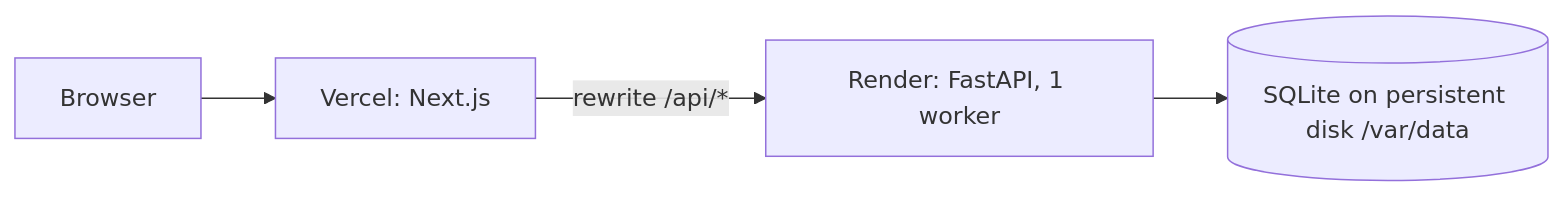
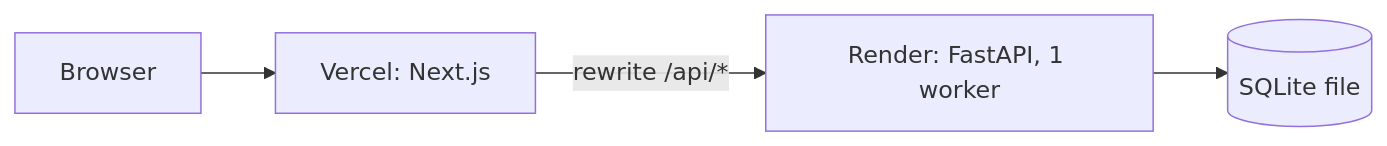
One commit to ParthBiyani/Duolingo_Web_App changed the diagram in docs/deployment.md. Above: the diagram before and after it, drawn with Mermaid. The commit also changed other lines of this file and 10 other files, not shown here.

Commit message:
docs: align architecture, database, game rules, deployment and adrs with the code

````diff
--- a/docs/deployment.md
+++ b/docs/deployment.md
@@ -7,6 +7,6 @@
 ```mermaid
 flowchart LR
   B[Browser] --> V[Vercel: Next.js]
   V -- "rewrite /api/*" --> R[Render: FastAPI, 1 worker]
-  R --> D[(SQLite on persistent disk /var/data)]
+  R --> D[(SQLite file)]
 ```
````
